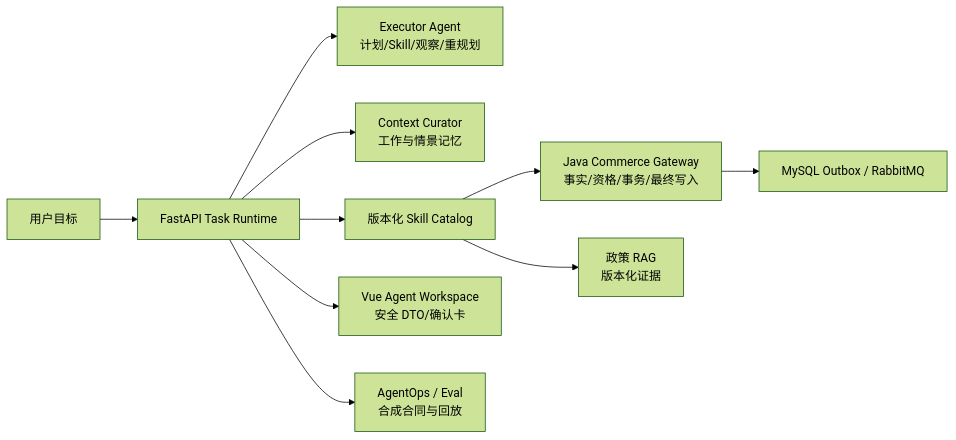
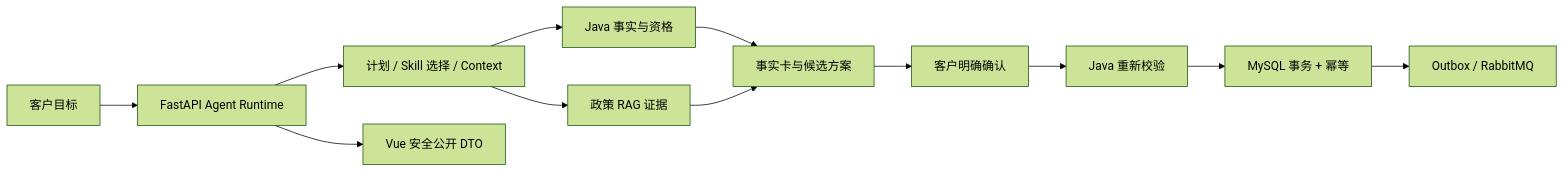
Before and after one commit to Eleven617/mall-ai-after-sales-platform: the diagram in README.md, drawn with Mermaid (forest theme). The commit also changed other lines of this file and 11 other files, not shown here.

````diff
--- a/README.md
+++ b/README.md
@@ -16,12 +28,14 @@
 ```mermaid
 flowchart LR
-  U[用户目标] --> R[FastAPI Task Runtime]
-  R --> E[Executor Agent\n计划/Skill/观察/重规划]
-  R --> C[Context Curator\n工作与情景记忆]
-  R --> S[版本化 Skill Catalog]
-  S --> J[Java Commerce Gateway\n事实/资格/事务/最终写入]
-  S --> Q[政策 RAG\n版本化证据]
-  J --> O[MySQL Outbox / RabbitMQ]
-  R --> V[Vue Agent Workspace\n安全 DTO/确认卡]
-  R --> X[AgentOps / Eval\n合成合同与回放]
+  U[客户目标] --> R[FastAPI Agent Runtime]
+  R --> P[计划 / Skill 选择 / Context]
+  P --> F[Java 事实与资格]
+  P --> G[政策 RAG 证据]
+  F --> A[事实卡与候选方案]
+  G --> A
+  A --> C[客户明确确认]
+  C --> V[Java 重新校验]
+  V --> T[MySQL 事务 + 幂等]
+  T --> O[Outbox / RabbitMQ]
+  R --> W[Vue 安全公开 DTO]
 ```
````
